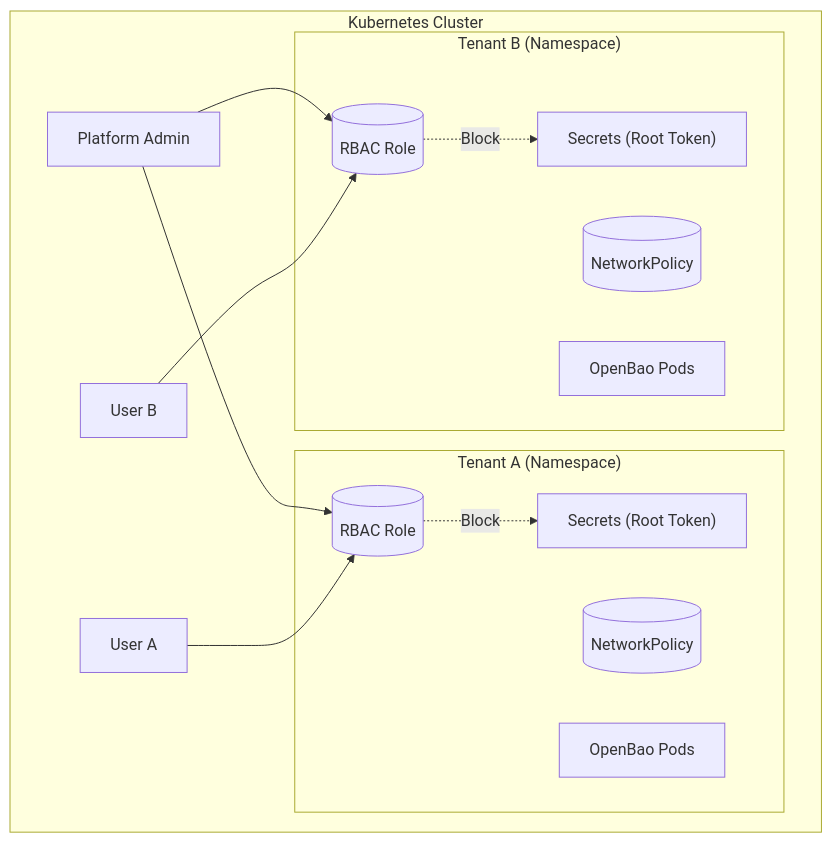
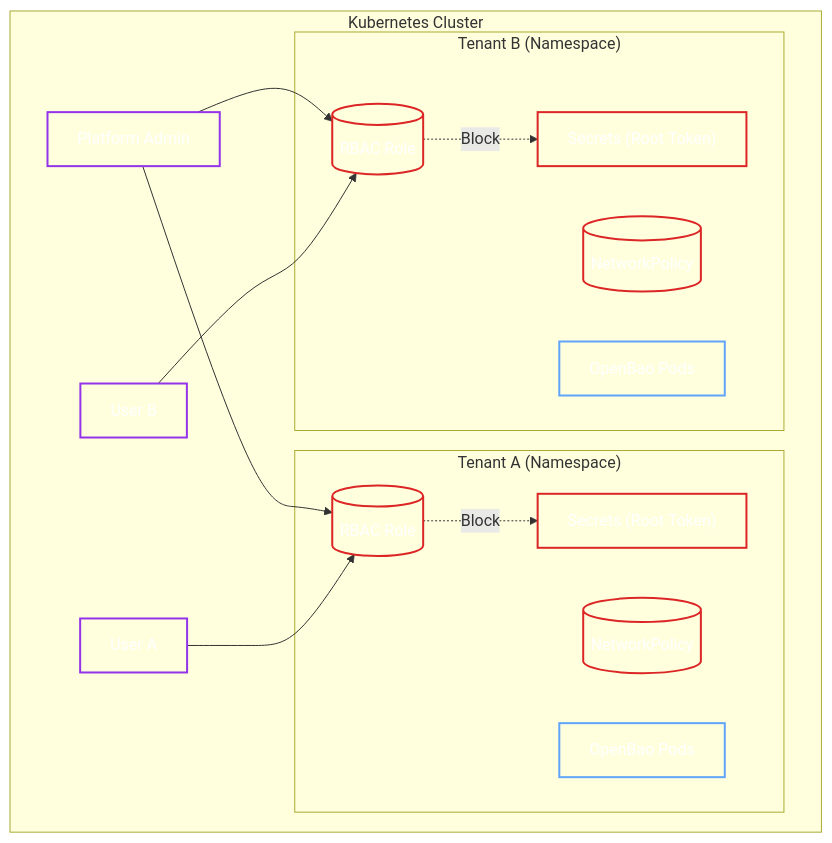
One commit to dc-tec/openbao-operator changed the diagram in docs/user-guide/openbaotenant/multi-tenancy.md. Above: the diagram before and after it, drawn with Mermaid. The commit also changed 48 other files, not shown here.

````diff
--- a/docs/user-guide/openbaotenant/multi-tenancy.md
+++ b/docs/user-guide/openbaotenant/multi-tenancy.md
@@ -12,27 +12,36 @@
 ```mermaid
 graph TD
     subgraph Cluster["Kubernetes Cluster"]
         
         subgraph TenantA["Tenant A (Namespace)"]
             RBAC_A[("RBAC Role")]
             NetPol_A[("NetworkPolicy")]
             Secret_A["Secrets (Root Token)"]
             Pod_A["OpenBao Pods"]
         end
 
         subgraph TenantB["Tenant B (Namespace)"]
             RBAC_B[("RBAC Role")]
             NetPol_B[("NetworkPolicy")]
             Secret_B["Secrets (Root Token)"]
             Pod_B["OpenBao Pods"]
         end
 
         Admin["Platform Admin"] --> RBAC_A
         Admin --> RBAC_B
         UserA["User A"] --> RBAC_A
         UserB["User B"] --> RBAC_B
 
         RBAC_A -.->|Block| Secret_A
         RBAC_B -.->|Block| Secret_B
     end
+
+    classDef read fill:transparent,stroke:#60a5fa,stroke-width:2px,color:#fff;
+    classDef write fill:transparent,stroke:#22c55e,stroke-width:2px,color:#fff;
+    classDef security fill:transparent,stroke:#dc2626,stroke-width:2px,color:#fff;
+    classDef process fill:transparent,stroke:#9333ea,stroke-width:2px,color:#fff;
+
+    class Admin,UserA,UserB process;
+    class Pod_A,Pod_B read;
+    class RBAC_A,RBAC_B,NetPol_A,NetPol_B,Secret_A,Secret_B security;
 ```
````
